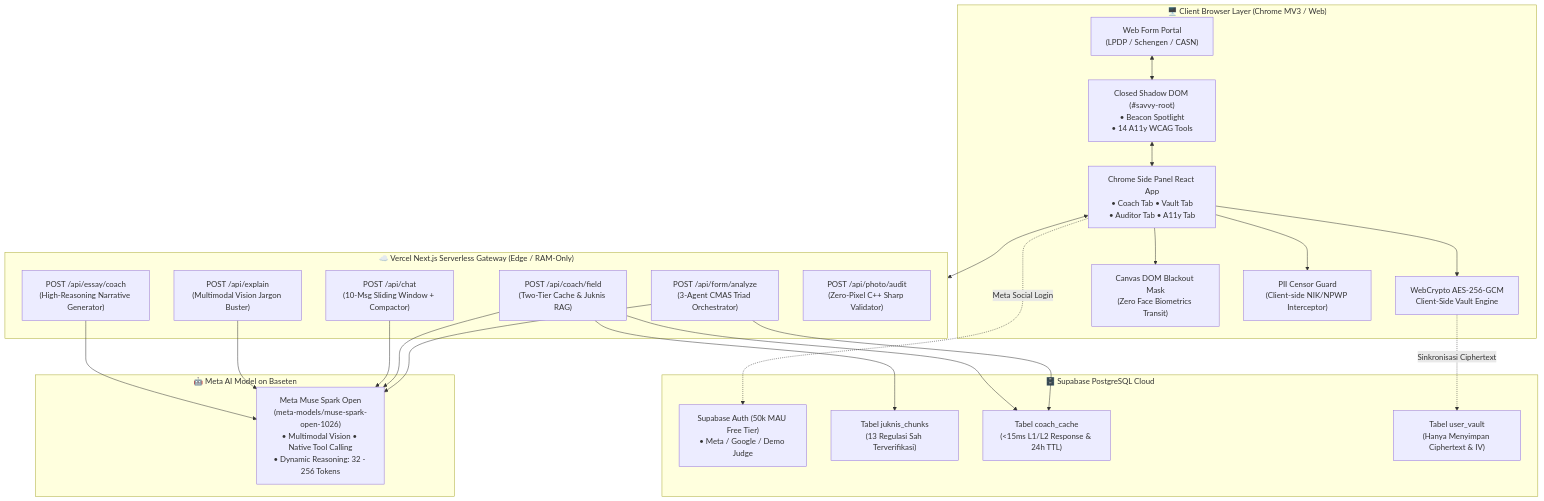
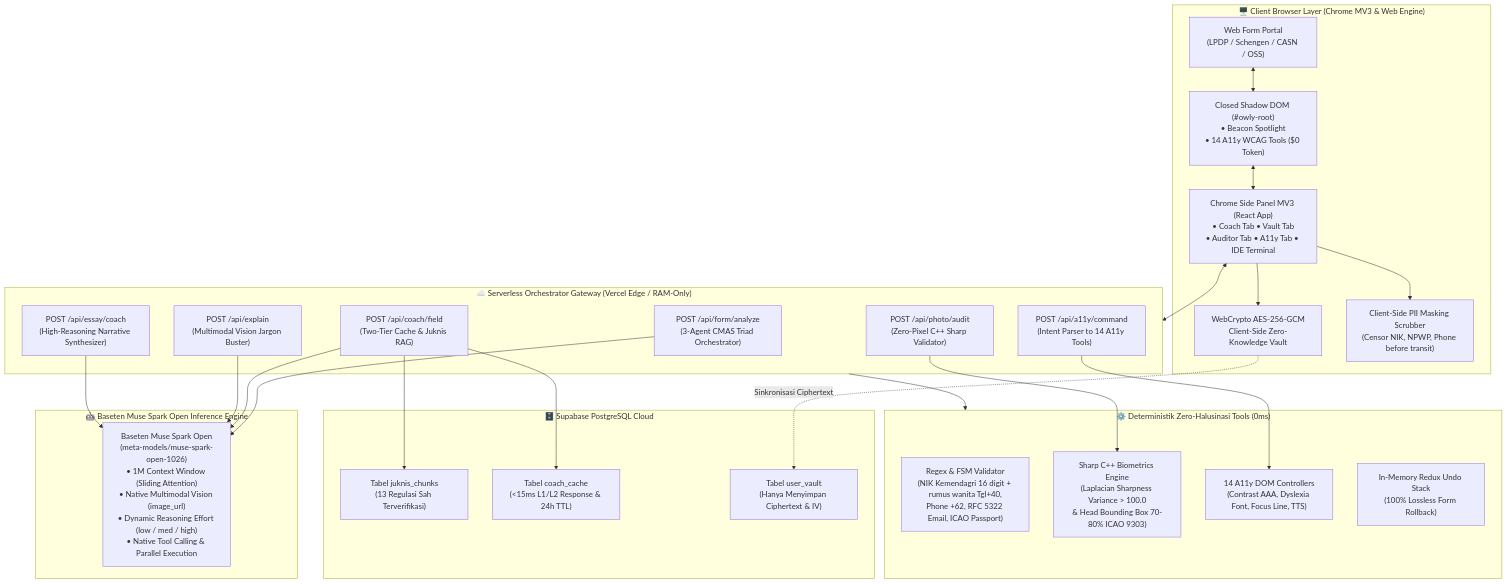
The diagram in README.md (arfabi/owly), drawn with Mermaid before and after one commit. The commit also changed other lines of this file and 42 other files, not shown here.

````diff
--- a/README.md
+++ b/README.md
@@ -38,50 +38,54 @@
 ```mermaid
 flowchart TB
-    subgraph ClientLayer["🖥️ Client Browser Layer (Chrome MV3 / Web)"]
-        UserForm["Web Form Portal\n(LPDP / Schengen / CASN)"]
-        ShadowDOM["Closed Shadow DOM (#savvy-root)\n• Beacon Spotlight\n• 14 A11y WCAG Tools"]
-        SidePanel["Chrome Side Panel React App\n• Coach Tab • Vault Tab\n• Auditor Tab • A11y Tab"]
-        WebCrypto["WebCrypto AES-256-GCM\nClient-Side Vault Engine"]
-        CanvasMask["Canvas DOM Blackout Mask\n(Zero Face Biometrics Transit)"]
-        PIIGuard["PII Censor Guard\n(Client-side NIK/NPWP Interceptor)"]
+    subgraph ClientLayer["🖥️ Client Browser Layer (Chrome MV3 & Web Engine)"]
+        UserForm["Web Form Portal\n(LPDP / Schengen / CASN / OSS)"]
+        ShadowDOM["Closed Shadow DOM (#owly-root)\n• Beacon Spotlight\n• 14 A11y WCAG Tools ($0 Token)"]
+        SidePanel["Chrome Side Panel MV3 (React App)\n• Coach Tab • Vault Tab\n• Auditor Tab • A11y Tab • IDE Terminal"]
+        WebCrypto["WebCrypto AES-256-GCM\nClient-Side Zero-Knowledge Vault"]
+        PIIGuard["Client-Side PII Masking Scrubber\n(Censor NIK, NPWP, Phone before transit)"]
     end
 
-    subgraph GatewayLayer["☁️ Vercel Next.js Serverless Gateway (Edge / RAM-Only)"]
+    subgraph GatewayLayer["☁️ Serverless Orchestrator Gateway (Vercel Edge / RAM-Only)"]
         APIAnalyze["POST /api/form/analyze\n(3-Agent CMAS Triad Orchestrator)"]
-        APIChat["POST /api/chat\n(10-Msg Sliding Window + Compactor)"]
         APICoach["POST /api/coach/field\n(Two-Tier Cache & Juknis RAG)"]
         APIExplain["POST /api/explain\n(Multimodal Vision Jargon Buster)"]
-        APIEssay["POST /api/essay/coach\n(High-Reasoning Narrative Generator)"]
+        APIEssay["POST /api/essay/coach\n(High-Reasoning Narrative Synthesizer)"]
         APIAudit["POST /api/photo/audit\n(Zero-Pixel C++ Sharp Validator)"]
+        APIA11y["POST /api/a11y/command\n(Intent Parser to 14 A11y Tools)"]
     end
 
-    subgraph MetaAILayer["🤖 Meta AI Model on Baseten"]
-        MuseSpark["Meta Muse Spark Open\n(meta-models/muse-spark-open-1026)\n• Multimodal Vision • Native Tool Calling\n• Dynamic Reasoning: 32 - 256 Tokens"]
+    subgraph MuseSparkLayer["🤖 Baseten Muse Spark Open Inference Engine"]
+        MuseSpark["Baseten Muse Spark Open\n(meta-models/muse-spark-open-1026)\n• 1M Context Window (Sliding Attention)\n• Native Multimodal Vision (image_url)\n• Dynamic Reasoning Effort (low / med / high)\n• Native Tool Calling & Parallel Execution"]
+    end
+
+    subgraph DeterministikLayer["⚙️ Deterministik Zero-Halusinasi Tools (0ms)"]
+        FSMValidator["Regex & FSM Validator\n(NIK Kemendagri 16 digit + rumus wanita Tgl+40,\nPhone +62, RFC 5322 Email, ICAO Passport)"]
+        SharpBiometrics["Sharp C++ Biometrics Engine\n(Laplacian Sharpness Variance > 100.0\n& Head Bounding Box 70-80% ICAO 9303)"]
+        A11yEngine["14 A11y DOM Controllers\n(Contrast AAA, Dyslexia Font, Focus Line, TTS)"]
+        UndoEngine["In-Memory Redux Undo Stack\n(100% Lossless Form Rollback)"]
     end
 
     subgraph DataLayer["🗄️ Supabase PostgreSQL Cloud"]
-        SupaAuth["Supabase Auth (50k MAU Free Tier)\n• Meta / Google / Demo Judge"]
         SupaRAG["Tabel juknis_chunks\n(13 Regulasi Sah Terverifikasi)"]
         SupaCache["Tabel coach_cache\n(<15ms L1/L2 Response & 24h TTL)"]
         SupaVault["Tabel user_vault\n(Hanya Menyimpan Ciphertext & IV)"]
     end
 
     UserForm <--> ShadowDOM
     ShadowDOM <--> SidePanel
     SidePanel --> PIIGuard
-    SidePanel --> CanvasMask
     SidePanel --> WebCrypto
     SidePanel <--> GatewayLayer
 
-    APIAnalyze --> SupaCache
     APIAnalyze --> MuseSpark
     APICoach --> SupaCache
     APICoach --> SupaRAG
     APICoach --> MuseSpark
-    APIChat --> MuseSpark
     APIExplain --> MuseSpark
     APIEssay --> MuseSpark
+    APIAudit --> SharpBiometrics
+    APIA11y --> A11yEngine
 
+    GatewayLayer --> DeterministikLayer
     WebCrypto -.->|Sinkronisasi Ciphertext| SupaVault
-    SidePanel -.->|Meta Social Login| SupaAuth
 ```
````
